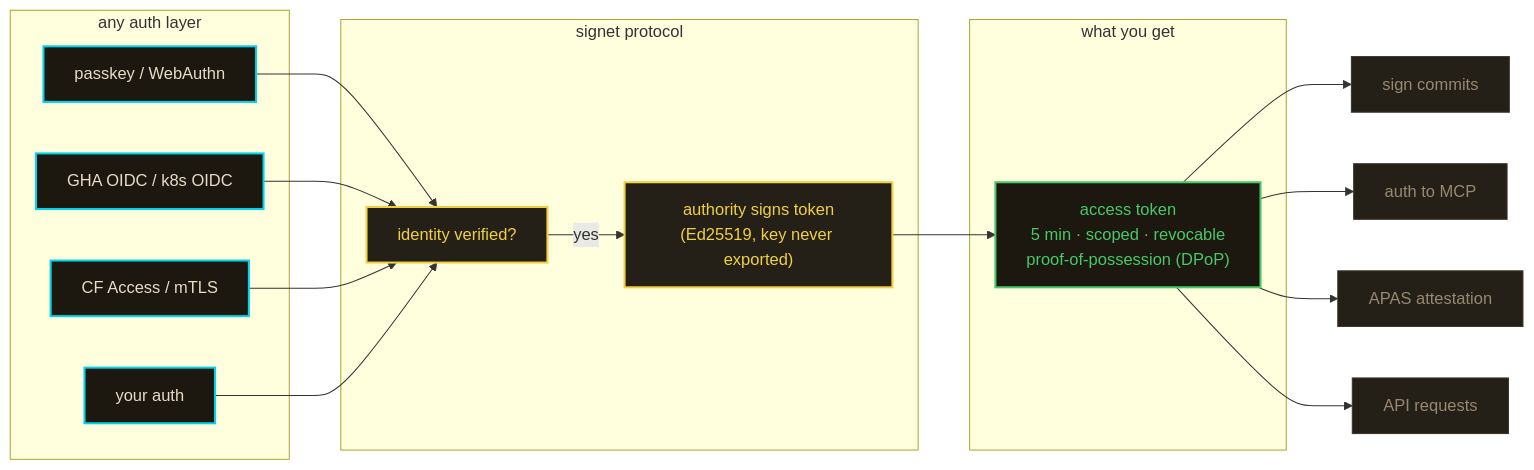
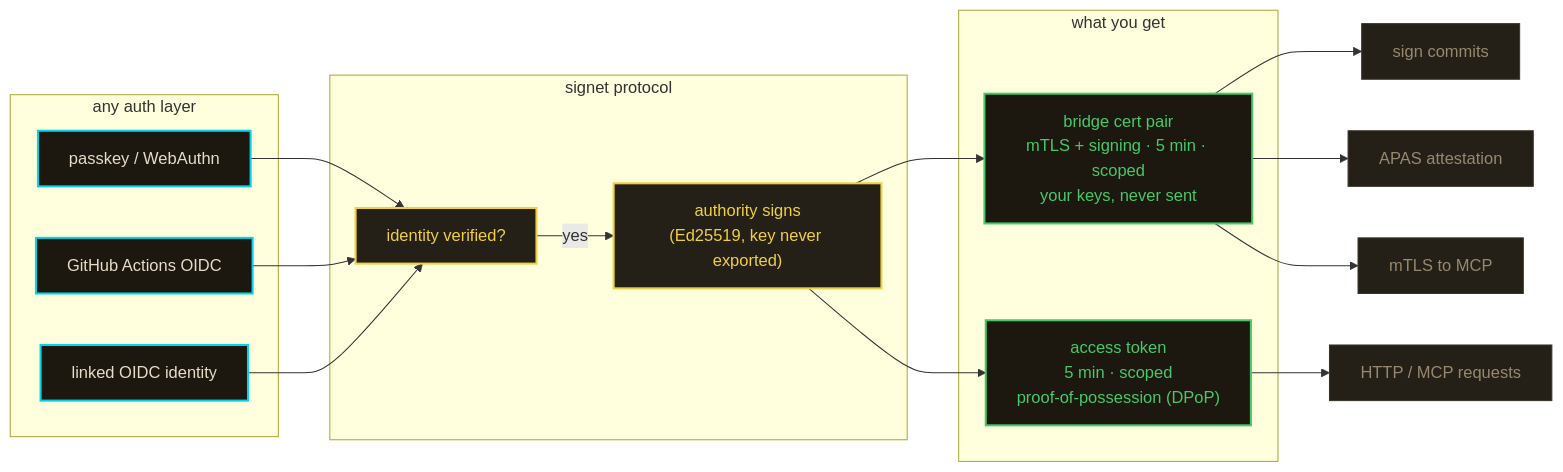
Before and after one commit to agentic-research/notme: the second of 3 diagrams in README.md, drawn with Mermaid. The commit also changed other lines of this file and 1 other file, not shown here.

````diff
--- a/README.md
+++ b/README.md
@@ -69,36 +69,36 @@
 ```mermaid
 graph LR
     classDef auth fill:#1c1810,stroke:#00d4e8,stroke-width:2px,color:#e8dcc8
     classDef protocol fill:#242018,stroke:#f0d040,stroke-width:2px,color:#f0d040
     classDef token fill:#1c1810,stroke:#48c868,stroke-width:2px,color:#48c868
     classDef use fill:#242018,stroke:#3a3428,stroke-width:1px,color:#988870
 
     subgraph auth_layer ["any auth layer"]
         Passkey["passkey / WebAuthn"]:::auth
-        OIDC["GHA OIDC / k8s OIDC"]:::auth
-        CFAccess["CF Access / mTLS"]:::auth
-        Custom["your auth"]:::auth
+        OIDC["GitHub Actions OIDC"]:::auth
+        Linked["linked OIDC identity"]:::auth
     end
 
     subgraph signet_protocol ["signet protocol"]
         Verify["identity verified?"]:::protocol
-        Sign["authority signs token<br/>(Ed25519, key never exported)"]:::protocol
+        Sign["authority signs<br/>(Ed25519, key never exported)"]:::protocol
     end
 
     subgraph result ["what you get"]
-        Token["access token<br/>5 min · scoped · revocable<br/>proof-of-possession (DPoP)"]:::token
+        Cert["bridge cert pair<br/>mTLS + signing · 5 min · scoped<br/>your keys, never sent"]:::token
+        Token["access token<br/>5 min · scoped<br/>proof-of-possession (DPoP)"]:::token
     end
 
     Passkey --> Verify
     OIDC --> Verify
-    CFAccess --> Verify
-    Custom --> Verify
+    Linked --> Verify
 
     Verify -->|"yes"| Sign
+    Sign --> Cert
     Sign --> Token
 
-    Token --> Git["sign commits"]:::use
-    Token --> MCP["auth to MCP"]:::use
-    Token --> APAS["APAS attestation"]:::use
-    Token --> API["API requests"]:::use
+    Cert --> Git["sign commits"]:::use
+    Cert --> APAS["APAS attestation"]:::use
+    Cert --> MCP["mTLS to MCP"]:::use
+    Token --> API["HTTP / MCP requests"]:::use
 ```
````
